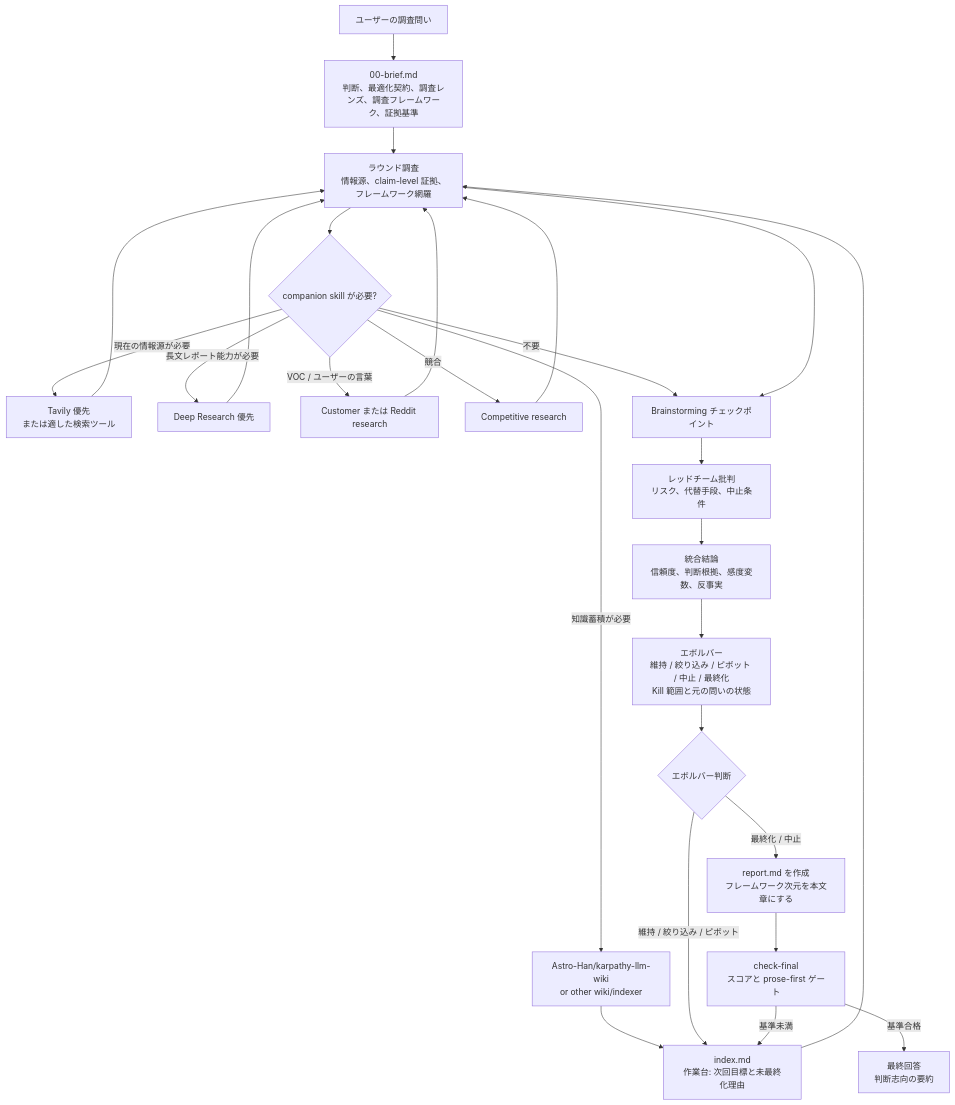
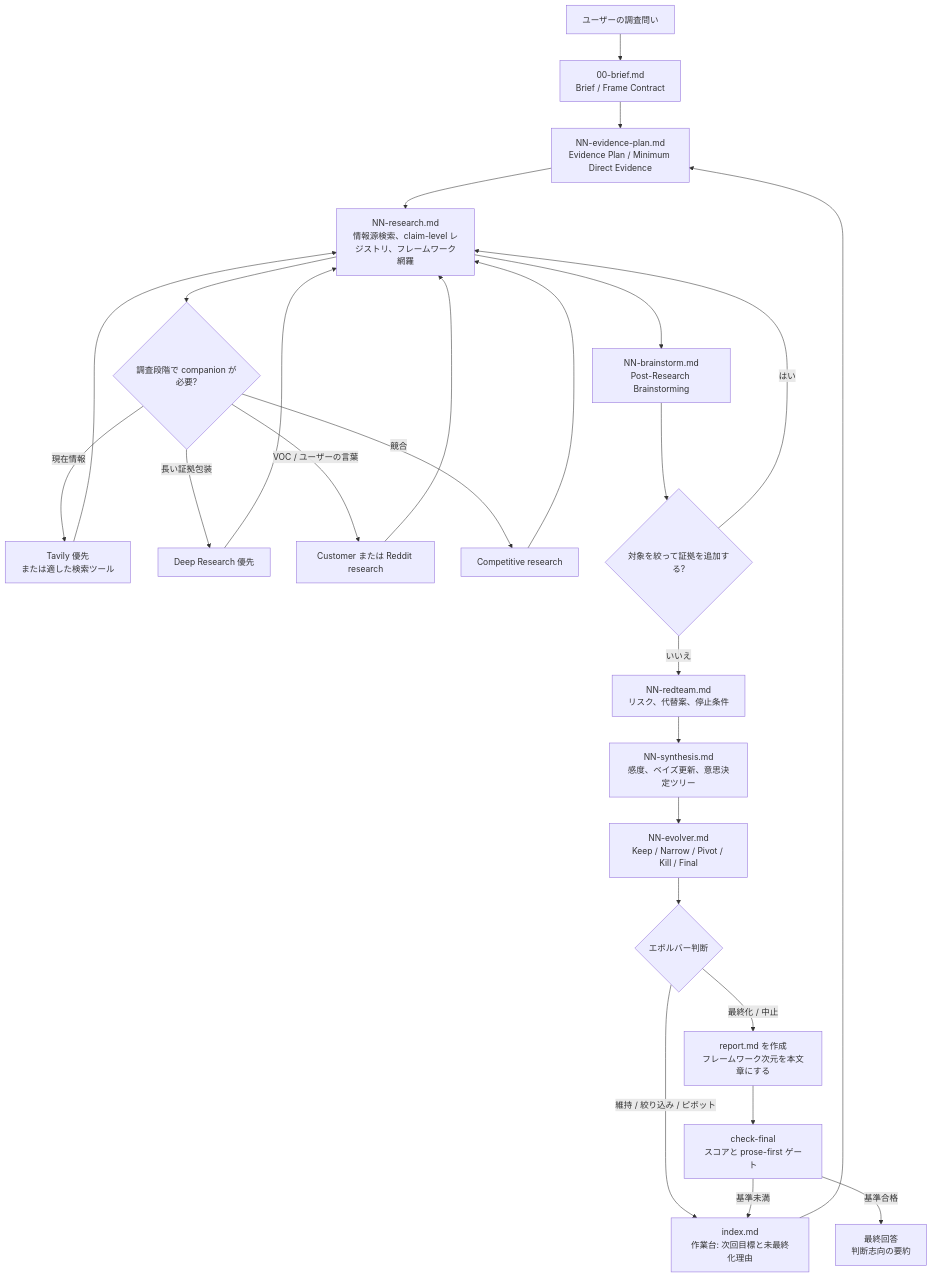
One commit to GoatGit/super-survey changed the diagram in README.ja.md. Above: the diagram before and after it, drawn with Mermaid. The commit also changed other lines of this file and 7 other files, not shown here.

Commit message:
Stage survey rounds with evidence plan

````diff
--- a/README.ja.md
+++ b/README.ja.md
@@ -204,28 +231,28 @@
 ```mermaid
 flowchart TD
-    A[ユーザーの調査問い] --> B[00-brief.md<br/>判断、最適化契約、調査レンズ、調査フレームワーク、証拠基準]
-    B --> C[ラウンド調査<br/>情報源、claim-level 証拠、フレームワーク網羅]
-    C --> D{companion skill が必要?}
-    D -->|現在の情報源が必要| D1[Tavily 優先<br/>または適した検索ツール]
-    D -->|長文レポート能力が必要| D2[Deep Research 優先]
+    A[ユーザーの調査問い] --> B[00-brief.md<br/>Brief / Frame Contract]
+    B --> P[NN-evidence-plan.md<br/>Evidence Plan / Minimum Direct Evidence]
+    P --> C[NN-research.md<br/>情報源検索、claim-level レジストリ、フレームワーク網羅]
+    C --> D{調査段階で companion が必要?}
+    D -->|現在情報| D1[Tavily 優先<br/>または適した検索ツール]
+    D -->|長い証拠包装| D2[Deep Research 優先]
     D -->|VOC / ユーザーの言葉| D3[Customer または Reddit research]
     D -->|競合| D4[Competitive research]
-    D -->|知識蓄積が必要| D5[Astro-Han/karpathy-llm-wiki<br/>or other wiki/indexer]
-    D -->|不要| E[Brainstorming チェックポイント]
     D1 --> C
     D2 --> C
     D3 --> C
     D4 --> C
-    D5 --> I[index.md]
-    C --> E[Brainstorming チェックポイント]
-    E --> F[レッドチーム批判<br/>リスク、代替手段、中止条件]
-    F --> G[統合結論<br/>信頼度、判断根拠、感度変数、反事実]
-    G --> H[エボルバー<br/>維持 / 絞り込み / ピボット / 中止 / 最終化<br/>Kill 範囲と元の問いの状態]
+    C --> E[NN-brainstorm.md<br/>Post-Research Brainstorming]
+    E --> X{対象を絞って証拠を追加する?}
+    X -->|はい| C
+    X -->|いいえ| F[NN-redteam.md<br/>リスク、代替案、停止条件]
+    F --> G[NN-synthesis.md<br/>感度、ベイズ更新、意思決定ツリー]
+    G --> H[NN-evolver.md<br/>Keep / Narrow / Pivot / Kill / Final]
     H --> Q{エボルバー判断}
     Q -->|維持 / 絞り込み / ピボット| I[index.md<br/>作業台: 次回目標と未最終化理由]
-    I --> C
+    I --> P
     Q -->|最終化 / 中止| J[report.md を作成<br/>フレームワーク次元を本文章にする]
     J --> R[check-final<br/>スコアと prose-first ゲート]
     R -->|基準未満| I
     R -->|基準合格| K[最終回答<br/>判断志向の要約]
 ```
````
